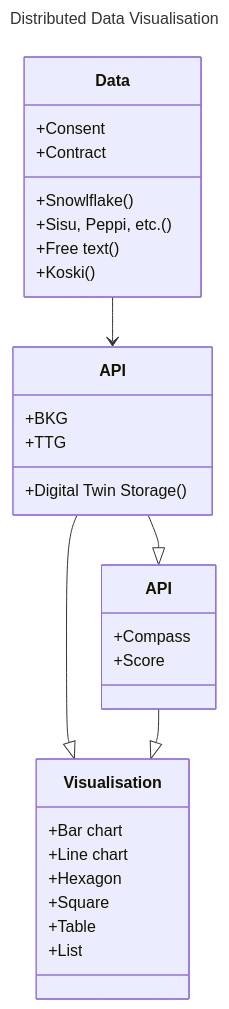
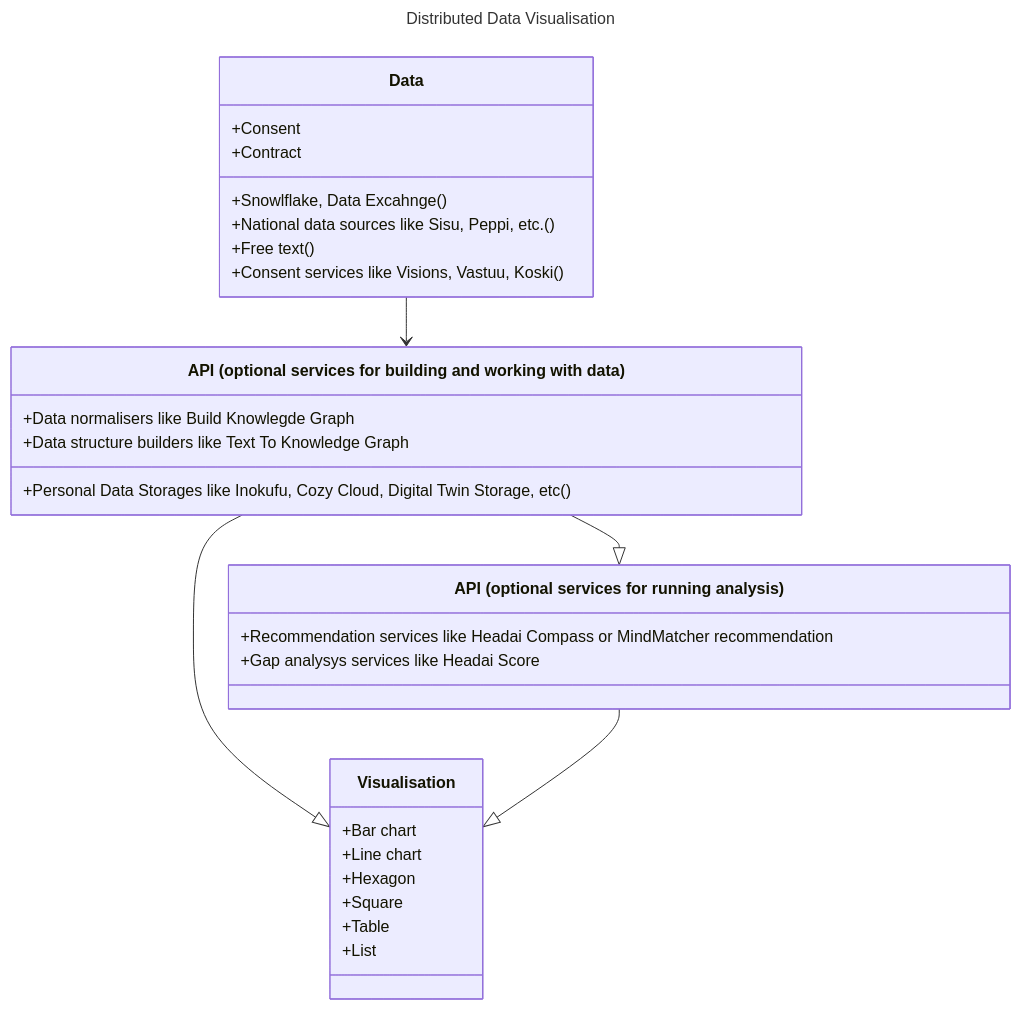
Before and after one commit to azapat/distributed-datavis: the fourth of 5 diagrams in ptx-bb07.md, drawn with Mermaid. The commit also changed other lines of this file, not shown here.

````diff
--- a/ptx-bb07.md
+++ b/ptx-bb07.md
@@ -228,31 +265,31 @@
 ```mermaid
 ---
 title: Distributed Data Visualisation
 ---
 
 classDiagram
-    class Api1["API"]
-    class Api2["API"]
+    class Api1["API (optional services for building and working with data)"]
+    class Api2["API (optional services for running analysis)"]
     Data --> Api1
     Api1 --|> Visualisation
     Api1 --|> Api2
     Api2 --|> Visualisation
     Data : +Consent
     Data : +Contract
-    Data : +Snowlflake()
-    Data : +Sisu, Peppi, etc.()
+    Data : +Snowlflake, Data Excahnge()
+    Data : +National data sources like Sisu, Peppi, etc.()
     Data : +Free text()
-    Data : +Koski()
-    Api1: +BKG
-    Api1 : +TTG
-    Api1 : +Digital Twin Storage()
+    Data : +Consent services like Visions, Vastuu, Koski()
+    Api1 : +Data normalisers like Build Knowlegde Graph
+    Api1 : +Data structure builders like Text To Knowledge Graph
+    Api1 : +Personal Data Storages like Inokufu, Cozy Cloud, Digital Twin Storage, etc()
     Visualisation: +Bar chart
     Visualisation: +Line chart
     Visualisation: +Hexagon
     Visualisation: +Square
     Visualisation: +Table
     Visualisation: +List
-    Api2 : +Compass
-    Api2 : +Score
+    Api2 : +Recommendation services like Headai Compass or MindMatcher recommendation
+    Api2 : +Gap analysys services like Headai Score
 
 ```
````
